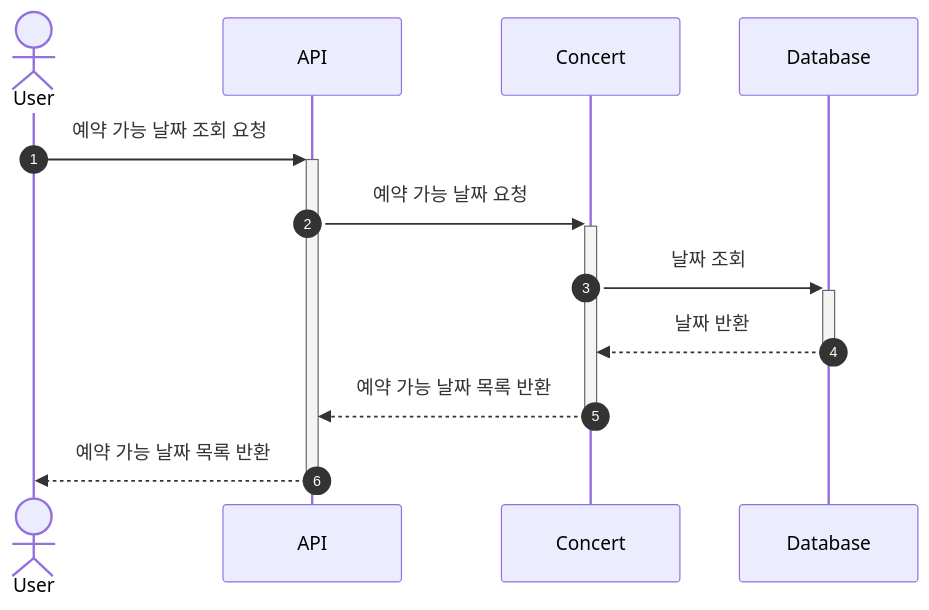
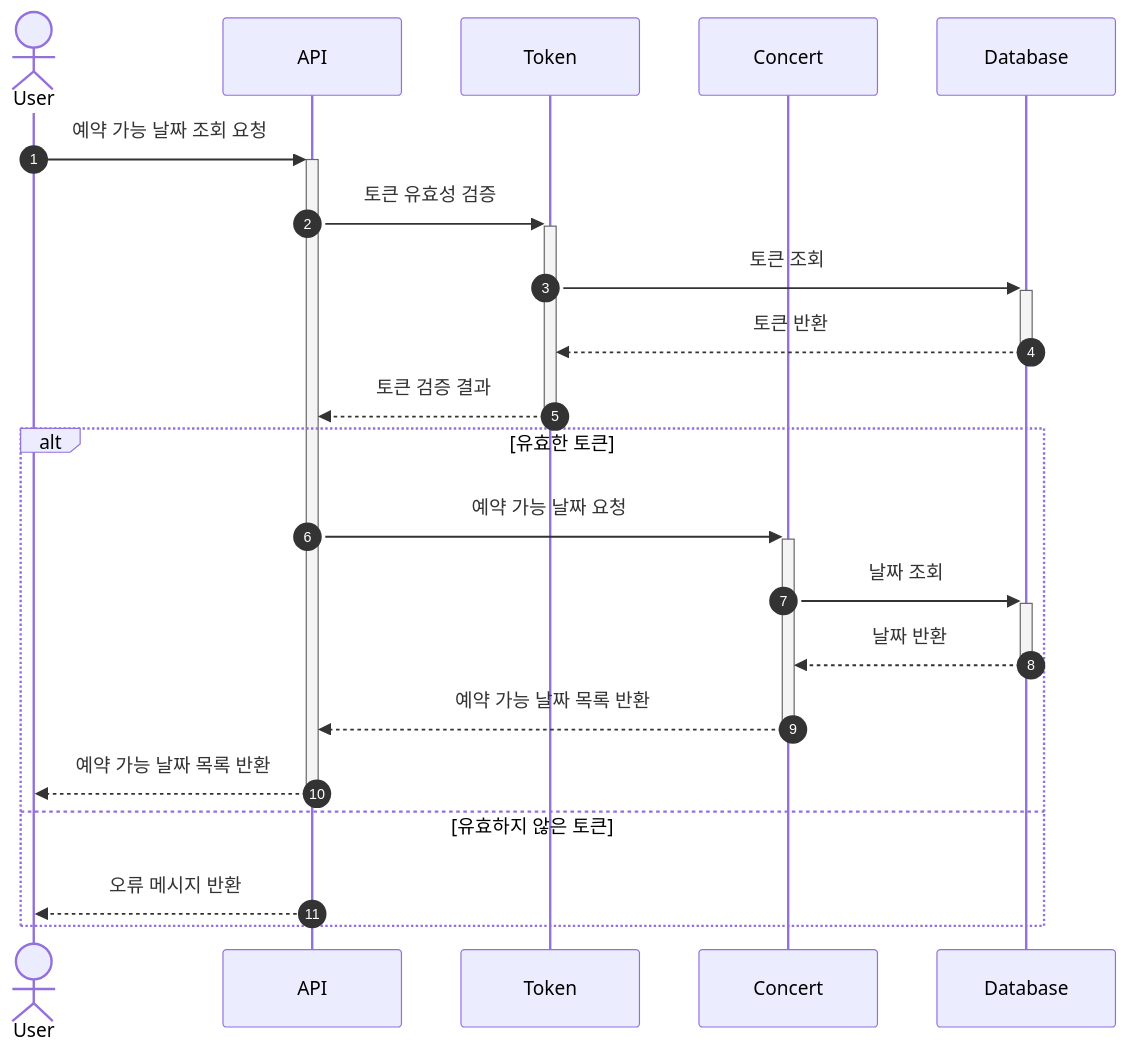
The second of 7 diagrams in docs/02_Sequence.md (Goryeojin/hhplus-concert), drawn with Mermaid before and after one commit. The commit also changed other lines of this file, not shown here.

Commit message:
docs: 시퀀스 다이어그램 토큰 검증 추가

````diff
--- a/docs/02_Sequence.md
+++ b/docs/02_Sequence.md
@@ -26,16 +26,25 @@
 ``` mermaid
 sequenceDiagram
-  autonumber
-  
-  actor User
-  participant API
-  participant Concert
-  participant Database
-  
-  User ->> +API: 예약 가능 날짜 조회 요청
-  API ->> +Concert: 예약 가능 날짜 요청
-  Concert ->> +Database: 날짜 조회
-  Database -->> -Concert: 날짜 반환
-  Concert -->> -API: 예약 가능 날짜 목록 반환
-  API -->> -User: 예약 가능 날짜 목록 반환
+	autonumber
+	
+	actor User
+	participant API
+	participant Token
+	participant Concert
+	participant Database
+	
+	User ->> +API: 예약 가능 날짜 조회 요청
+	API ->> +Token: 토큰 유효성 검증
+	Token ->> +Database: 토큰 조회
+	Database -->> -Token: 토큰 반환
+	Token -->> -API: 토큰 검증 결과
+	alt 유효한 토큰
+	API ->> +Concert: 예약 가능 날짜 요청
+	Concert ->> +Database: 날짜 조회
+	Database -->> -Concert: 날짜 반환
+	Concert -->> -API: 예약 가능 날짜 목록 반환
+	API -->> -User: 예약 가능 날짜 목록 반환
+	else 유효하지 않은 토큰
+	API -->> User: 오류 메시지 반환
+	end
 ```
````
